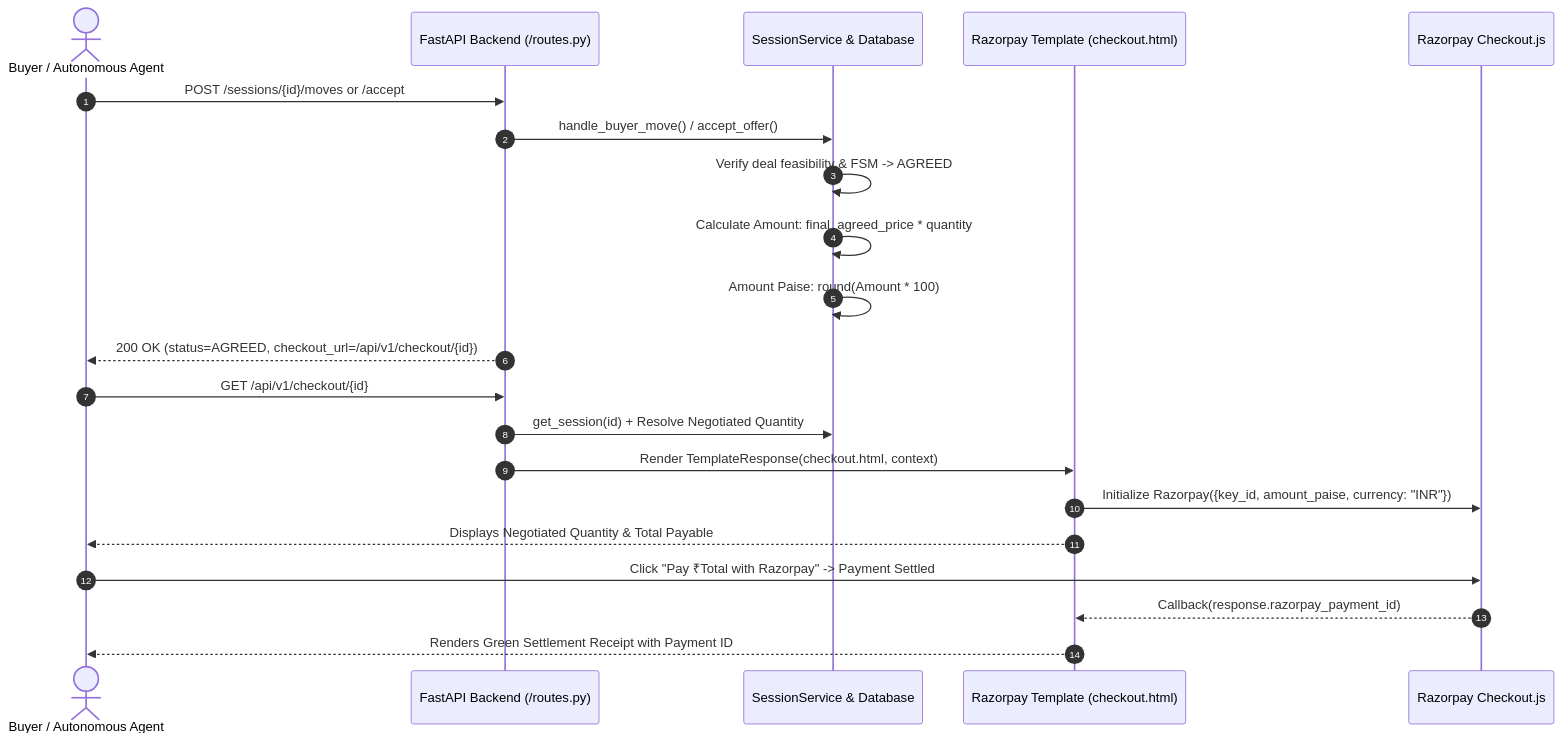
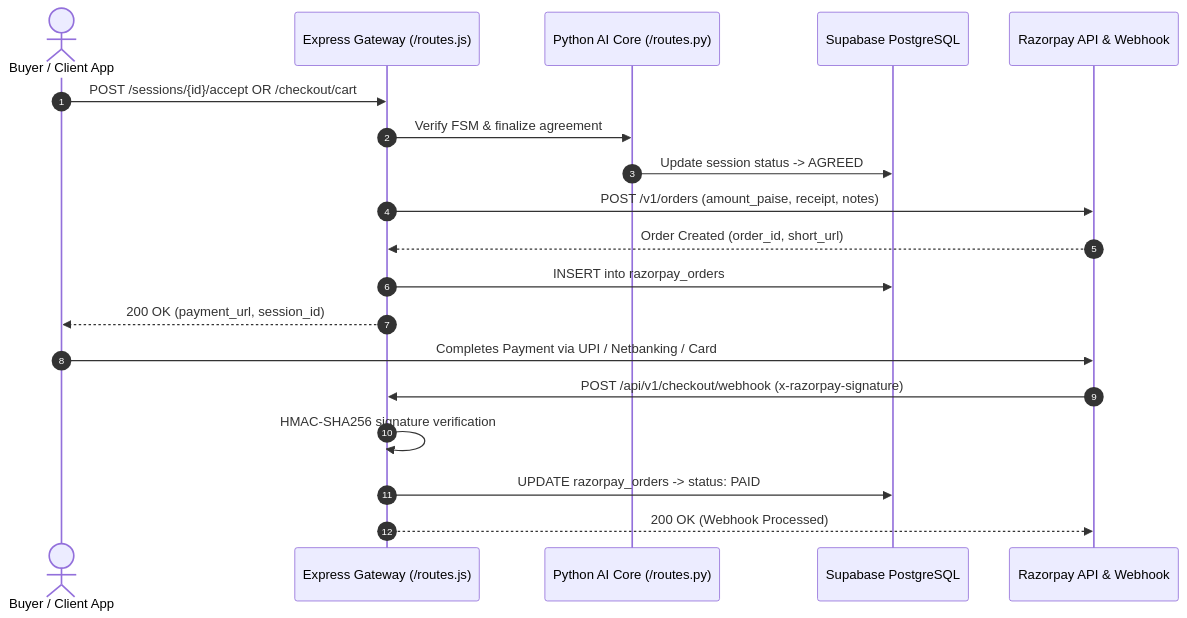
Before and after one commit to sriKritarth/Handshake-AI: the fourth of 4 diagrams in README.md, drawn with Mermaid. The commit also changed other lines of this file, not shown here.

````diff
--- a/README.md
+++ b/README.md
@@ -238,24 +272,22 @@
 ```mermaid
 sequenceDiagram
     autonumber
-    actor Buyer as Buyer / Autonomous Agent
-    participant API as FastAPI Backend (/routes.py)
-    participant SVC as SessionService & Database
-    participant UI as Razorpay Template (checkout.html)
-    participant RZP as Razorpay Checkout.js
+    actor Buyer as Buyer / Client App
+    participant GW as Express Gateway (/routes.js)
+    participant PY as Python AI Core (/routes.py)
+    participant DB as Supabase PostgreSQL
+    participant RZP as Razorpay API & Webhook
 
-    Buyer->>API: POST /sessions/{id}/moves or /accept
-    API->>SVC: handle_buyer_move() / accept_offer()
-    SVC->>SVC: Verify deal feasibility & FSM -> AGREED
-    SVC->>SVC: Calculate Amount: final_agreed_price * quantity
-    SVC->>SVC: Amount Paise: round(Amount * 100)
-    API-->>Buyer: 200 OK (status=AGREED, checkout_url=/api/v1/checkout/{id})
-    Buyer->>API: GET /api/v1/checkout/{id}
-    API->>SVC: get_session(id) + Resolve Negotiated Quantity
-    API->>UI: Render TemplateResponse(checkout.html, context)
-    UI->>RZP: Initialize Razorpay({key_id, amount_paise, currency: "INR"})
-    UI-->>Buyer: Displays Negotiated Quantity & Total Payable
-    Buyer->>RZP: Click "Pay ₹Total with Razorpay" -> Payment Settled
-    RZP-->>UI: Callback(response.razorpay_payment_id)
-    UI-->>Buyer: Renders Green Settlement Receipt with Payment ID
+    Buyer->>GW: POST /sessions/{id}/accept OR /checkout/cart
+    GW->>PY: Verify FSM & finalize agreement
+    PY->>DB: Update session status -> AGREED
+    GW->>RZP: POST /v1/orders (amount_paise, receipt, notes)
+    RZP-->>GW: Order Created (order_id, short_url)
+    GW->>DB: INSERT into razorpay_orders
+    GW-->>Buyer: 200 OK (payment_url, session_id)
+    Buyer->>RZP: Completes Payment via UPI / Netbanking / Card
+    RZP->>GW: POST /api/v1/checkout/webhook (x-razorpay-signature)
+    GW->>GW: HMAC-SHA256 signature verification
+    GW->>DB: UPDATE razorpay_orders -> status: PAID
+    GW-->>RZP: 200 OK (Webhook Processed)
 ```
````
